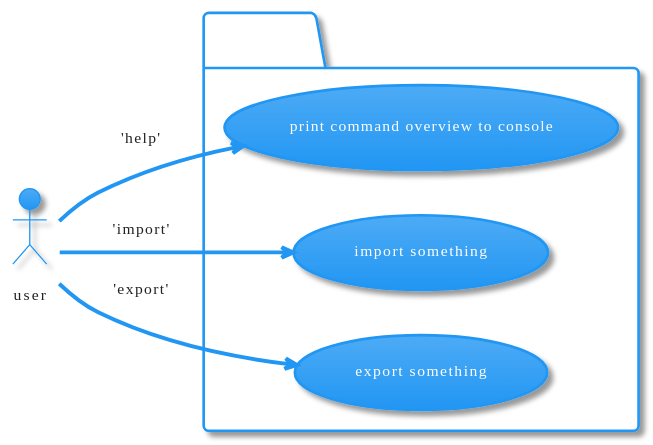
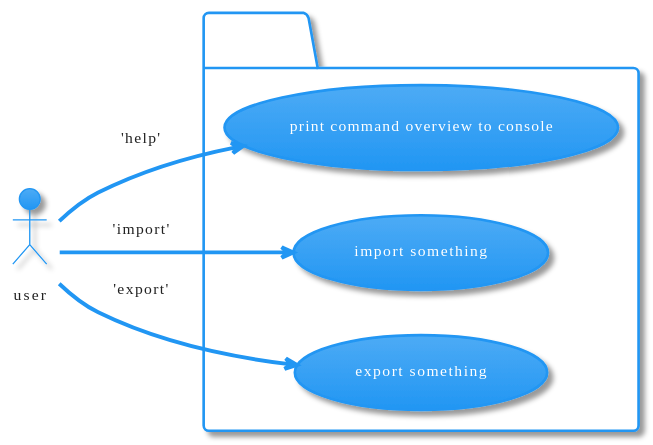
The first of 4 diagrams in doc/README.md (NewTec-GmbH/pyProfileMgr), drawn with PlantUML before and after one commit. The commit also changed 2 other files, not shown here.

Commit message:
Fix minor issues

````diff
--- a/doc/README.md
+++ b/doc/README.md
@@ -7,18 +7,18 @@
 ```plantuml
 @startuml
 !theme materia
 left to right direction
 
 actor user as user
 
-package Usescases{
+package Usecases{
     usecase UC_help as "print command overview to console"
     usecase UC_import as "import something"
     usecase UC_export as "export something"
 }
 
 user --> UC_help : 'help'
 user --> UC_import : 'import'
 user --> UC_export : 'export'
 @enduml
 ```
````
